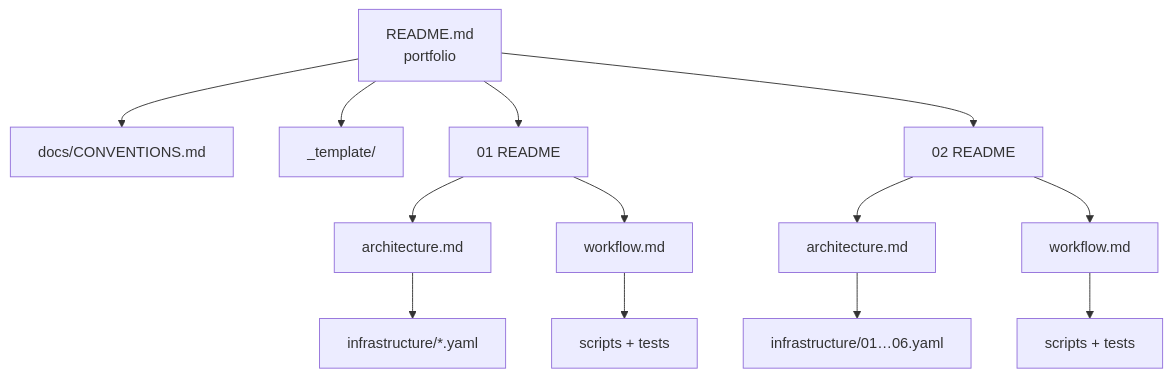
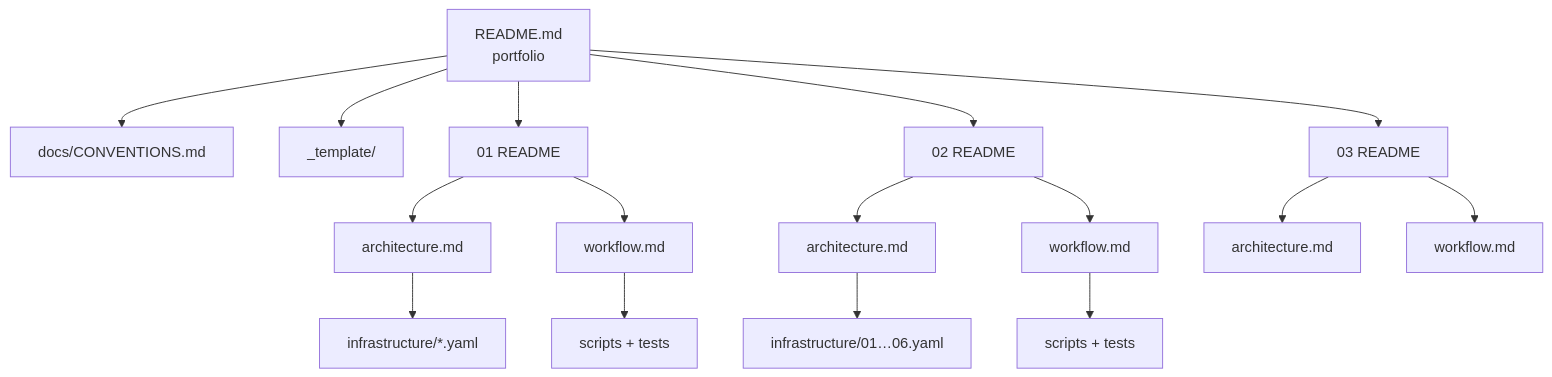
Before and after one commit to TareDevarsh/AWS-cloudformation-projects: the third of 3 diagrams in README.md, drawn with Mermaid. The commit also changed other lines of this file and 31 other files, not shown here.

````diff
--- a/README.md
+++ b/README.md
@@ -106,13 +121,15 @@
 ```mermaid
 graph TD
     R[README.md<br/>portfolio] --> C[docs/CONVENTIONS.md]
     R --> T[_template/]
     R --> P1[01 README]
     R --> P2[02 README]
+    R --> P3[03 README]
     P1 --> A1[architecture.md] & W1[workflow.md]
     P2 --> A2[architecture.md] & W2[workflow.md]
     A1 --> I1[infrastructure/*.yaml]
     A2 --> I2[infrastructure/01…06.yaml]
     W1 --> S1[scripts + tests]
     W2 --> S2[scripts + tests]
+    P3 --> A3[architecture.md] & W3[workflow.md]
 ```
````
